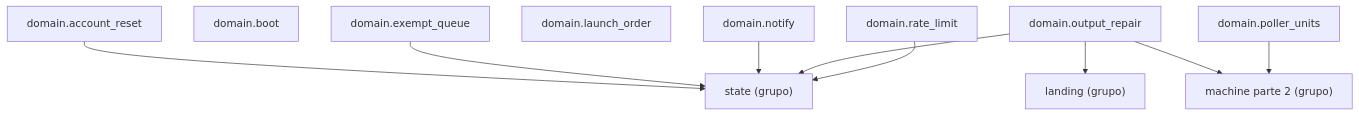
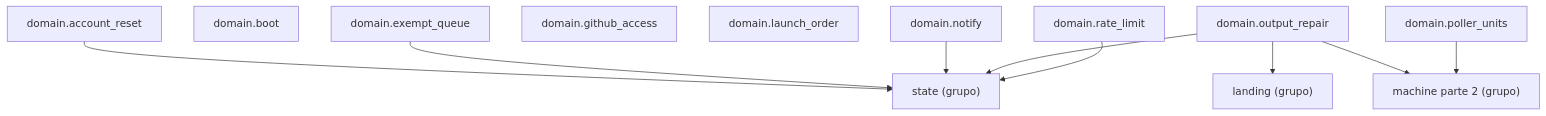
The diagram in docs/architecture/generated/packages-process-domain-machine-1.md (GonzaloZevallos/agentic-system), drawn with Mermaid before and after one commit. The commit also changed 5 other files, not shown here.

First line of the commit message:
Register github_access in the docs cluster and the affected-tests table

````diff
--- a/docs/architecture/generated/packages-process-domain-machine-1.md
+++ b/docs/architecture/generated/packages-process-domain-machine-1.md
@@ -13,22 +13,23 @@
 ```mermaid
 graph TD
     g_domain__landing["landing (grupo)"]
     g_domain__machine__2["machine parte 2 (grupo)"]
     g_domain__state["state (grupo)"]
     m_domain__account_reset["domain.account_reset"]
     m_domain__boot["domain.boot"]
     m_domain__exempt_queue["domain.exempt_queue"]
+    m_domain__github_access["domain.github_access"]
     m_domain__launch_order["domain.launch_order"]
     m_domain__notify["domain.notify"]
     m_domain__output_repair["domain.output_repair"]
     m_domain__poller_units["domain.poller_units"]
     m_domain__rate_limit["domain.rate_limit"]
     m_domain__account_reset --> g_domain__state
     m_domain__exempt_queue --> g_domain__state
     m_domain__notify --> g_domain__state
     m_domain__output_repair --> g_domain__landing
     m_domain__output_repair --> g_domain__machine__2
     m_domain__output_repair --> g_domain__state
     m_domain__poller_units --> g_domain__machine__2
     m_domain__rate_limit --> g_domain__state
 ```
````
